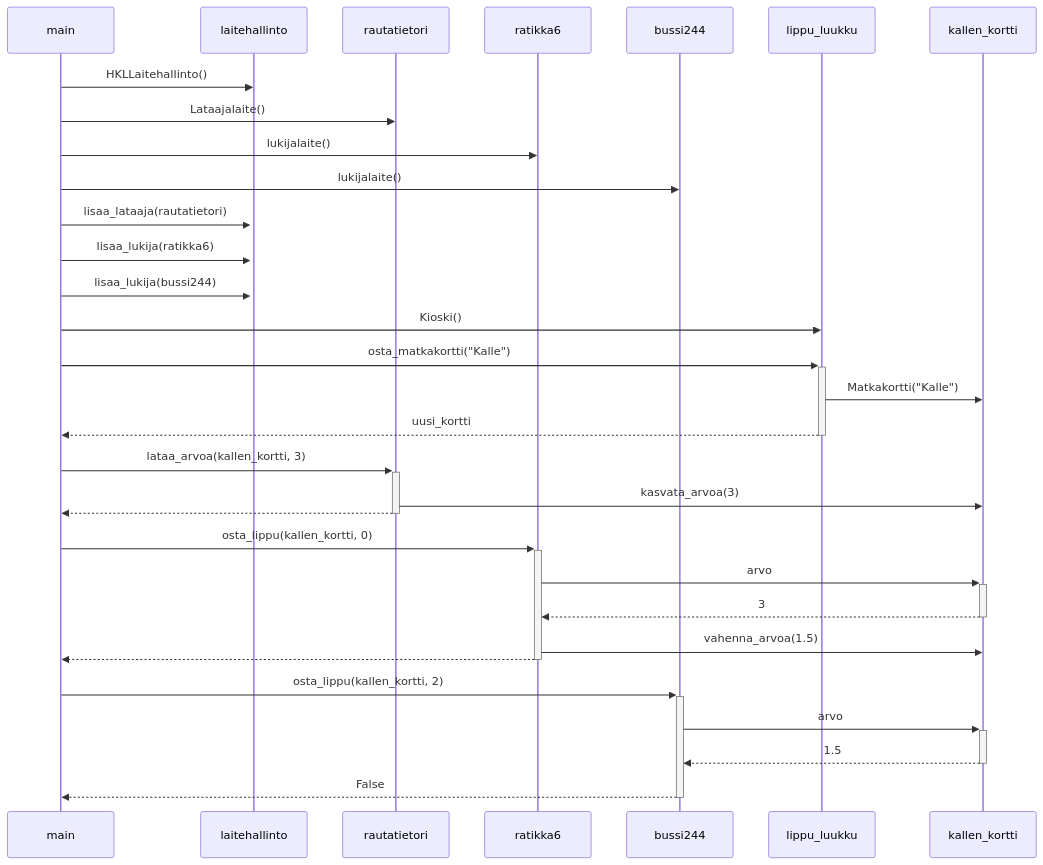
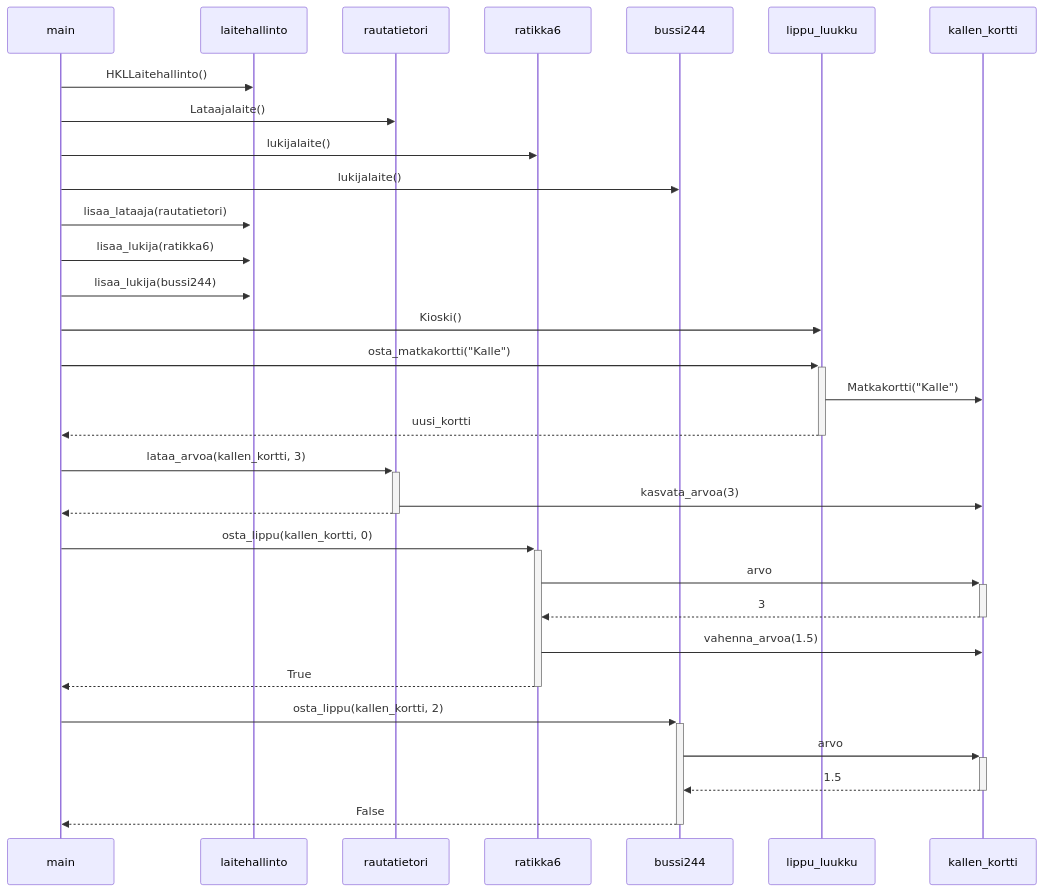
Before and after one commit to VehvilainenPooki/OTProjekti: the fourth of 4 diagrams in laskarit/viikko3/UML.md, drawn with Mermaid.

````diff
--- a/laskarit/viikko3/UML.md
+++ b/laskarit/viikko3/UML.md
@@ -108,29 +108,29 @@
 ```mermaid
  sequenceDiagram
       main->>laitehallinto: HKLLaitehallinto()
       main->>rautatietori: Lataajalaite()
       main->>ratikka6: lukijalaite()
       main->>bussi244: lukijalaite()
       main->>+laitehallinto: lisaa_lataaja(rautatietori)
        
       main->>+laitehallinto: lisaa_lukija(ratikka6)
       
       main->>+laitehallinto: lisaa_lukija(bussi244)
       
       main->>lippu_luukku: Kioski()
       main->>+lippu_luukku: osta_matkakortti("Kalle")
       lippu_luukku->>kallen_kortti: Matkakortti("Kalle")
       lippu_luukku-->>-main: uusi_kortti
       main->>+rautatietori: lataa_arvoa(kallen_kortti, 3)
       rautatietori->>kallen_kortti: kasvata_arvoa(3)
       rautatietori-->>-main:  
       main->>+ratikka6: osta_lippu(kallen_kortti, 0)
       ratikka6->>+kallen_kortti: arvo
       kallen_kortti-->>-ratikka6: 3
       ratikka6->>kallen_kortti: vahenna_arvoa(1.5)
-      ratikka6-->>-main:  
+      ratikka6-->>-main:  True
       main->>+bussi244: osta_lippu(kallen_kortti, 2)
       bussi244->>+kallen_kortti: arvo
       kallen_kortti-->>-bussi244: 1.5
       bussi244-->>-main: False
 ```
````
